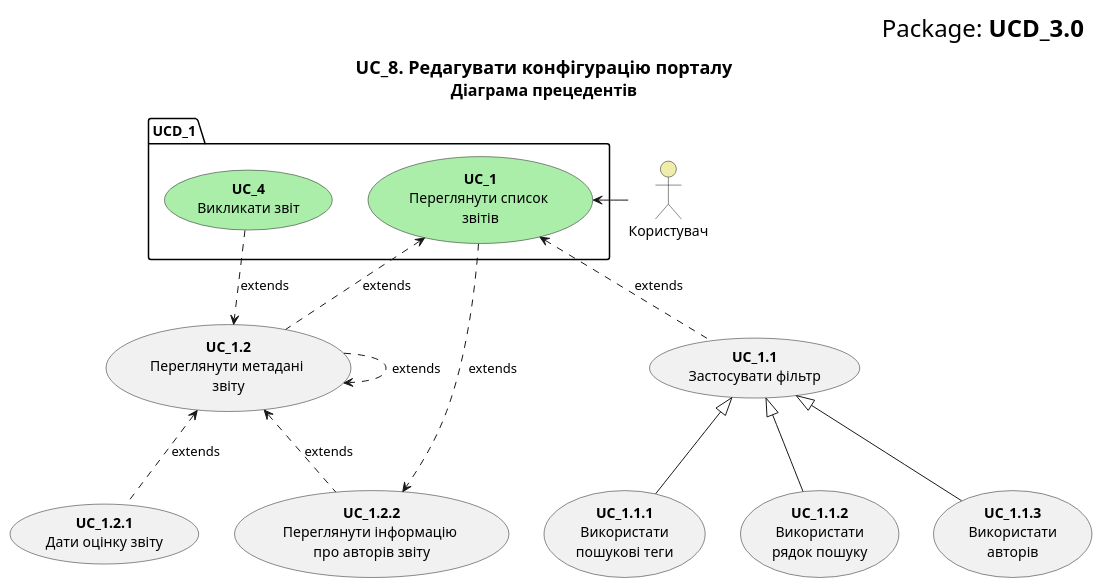
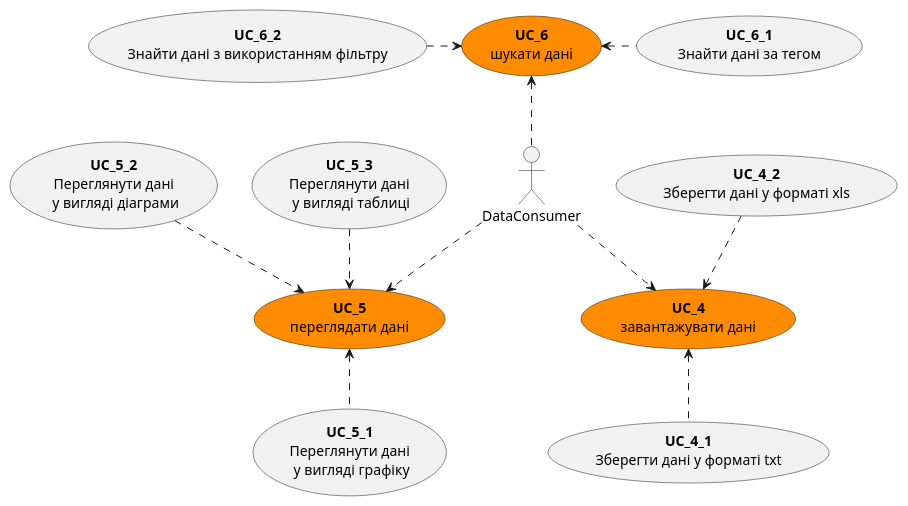
The third of 3 diagrams in docs/use cases/README.md (boldak/edu-db-cw), drawn with PlantUML before and after one commit. The commit also changed other lines of this file, not shown here.

Commit message:
precedent added , text finished

```diff
--- a/docs/use cases/README.md
+++ b/docs/use cases/README.md
@@ -89,48 +240,44 @@
 @startuml
 
-    right header
-        <font size=24 color=black>Package: <b>UCD_3.0
-    end header
-
-    title
-        <font size=18 color=black>UC_8. Редагувати конфігурацію порталу
-        <font size=16 color=black>Діаграма прецедентів
-    end title
+actor DataConsumer
+  
+    usecase Duse1 as "<b>UC_6</b>\nшукати данi" #FF8C00
+    usecase Duse2 as "<b>UC_5</b>\nпереглядати данi" #FF8C00
+    usecase Duse3 as "<b>UC_4</b>\nзавантажувати данi" #FF8C00
+  
+  usecase Duse2_1 as "<b>UC_5_1</b>\nПереглянути дані\n у вигляді графіку"
+  usecase Duse2_2 as "<b>UC_5_2</b>\nПереглянути дані\n у вигляді діаграми"
+  usecase Duse2_3 as "<b>UC_5_3</b>\nПереглянути дані\n у вигляді таблиці"
+  
+  usecase Duse1_1 as "<b>UC_6_1</b>\nЗнайти дані за тегом"
+  usecase Duse1_2 as "<b>UC_6_2</b>\nЗнайти дані з використанням фільтру"
+  
+  usecase Duse3_1 as "<b>UC_4_1</b>\nЗберегти дані у форматі txt"
+  usecase Duse3_2 as "<b>UC_4_2</b>\nЗберегти дані у форматі xls"
+  
+  
 
 
-    actor "Користувач" as User #eeeeaa
-    
-    package UCD_1{
-        usecase "<b>UC_1</b>\nПереглянути список \nзвітів" as UC_1 #aaeeaa
-    }
-    
-    usecase "<b>UC_1.1</b>\nЗастосувати фільтр" as UC_1.1
-    usecase "<b>UC_1.2</b>\nПереглянути метадані \nзвіту" as UC_1.2  
-    usecase "<b>UC_1.2.1</b>\nДати оцінку звіту" as UC_1.2.1  
-    usecase "<b>UC_1.2.2</b>\nПереглянути інформацію \nпро авторів звіту" as UC_1.2.2
-    
-    package UCD_1 {
-        usecase "<b>UC_4</b>\nВикликати звіт" as UC_4 #aaeeaa
-    }
-    
-    usecase "<b>UC_1.1.1</b>\n Використати \nпошукові теги" as UC_1.1.1  
-    usecase "<b>UC_1.1.2</b>\n Використати \nрядок пошуку" as UC_1.1.2
-    usecase "<b>UC_1.1.3</b>\n Використати \nавторів" as UC_1.1.3  
-    
-    
-    
-    User -> UC_1
-    UC_1.1 .u.> UC_1 :extends
-    UC_1.2 .u.> UC_1 :extends
-    UC_4 .d.> UC_1.2 :extends
-    UC_1.2 .> UC_1.2 :extends
-    UC_1.2.1 .u.> UC_1.2 :extends
-    UC_1.2.2 .u.> UC_1.2 :extends
-    UC_1 ..> UC_1.2.2 :extends
-    
-    
-    UC_1.1.1 -u-|> UC_1.1
-    UC_1.1.2 -u-|> UC_1.1
-    UC_1.1.3 -u-|> UC_1.1
-    
+ 
+  
+
+  DataConsumer .u.> Duse1
+  DataConsumer .d.> Duse2
+  DataConsumer .d.> Duse3
+  
+  Duse1_1 .l.> Duse1 <<extends>>
+   Duse1_2 .r.> Duse1 <<extends>>
+
+  Duse2_1 .u.> Duse2 <<extends>>
+   Duse2_2 .d.> Duse2 <<extends>>
+      Duse2_3 .d.> Duse2 <<extends>>
+   
+Duse3_1 .u.> Duse3 <<extends>>
+   Duse3_2 .d.> Duse3 <<extends>>
+
+
+
+
+
+  
 @enduml
```
